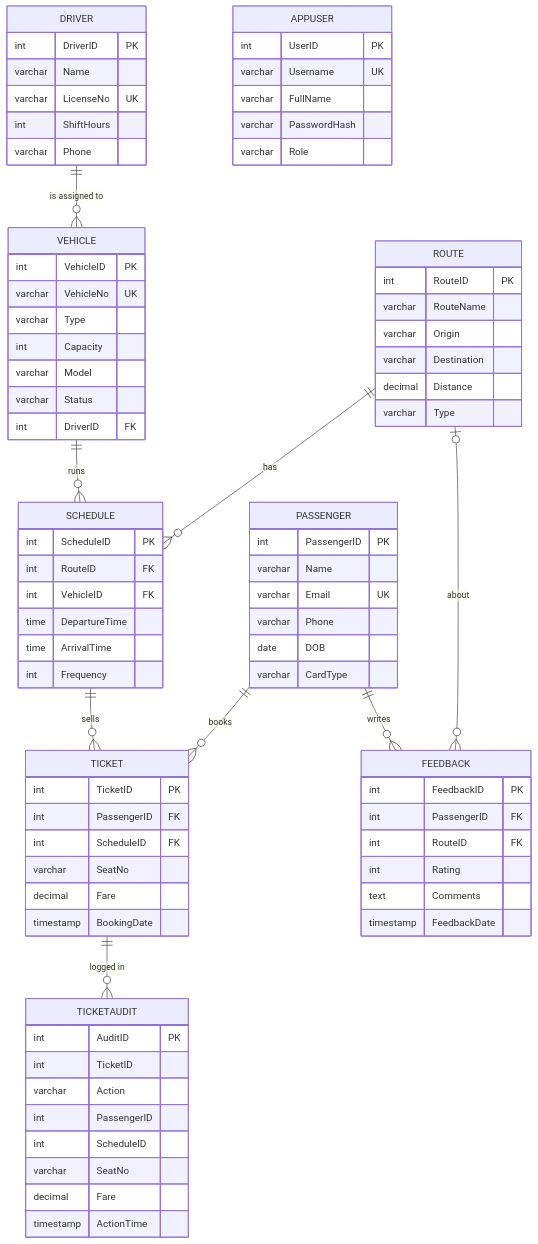
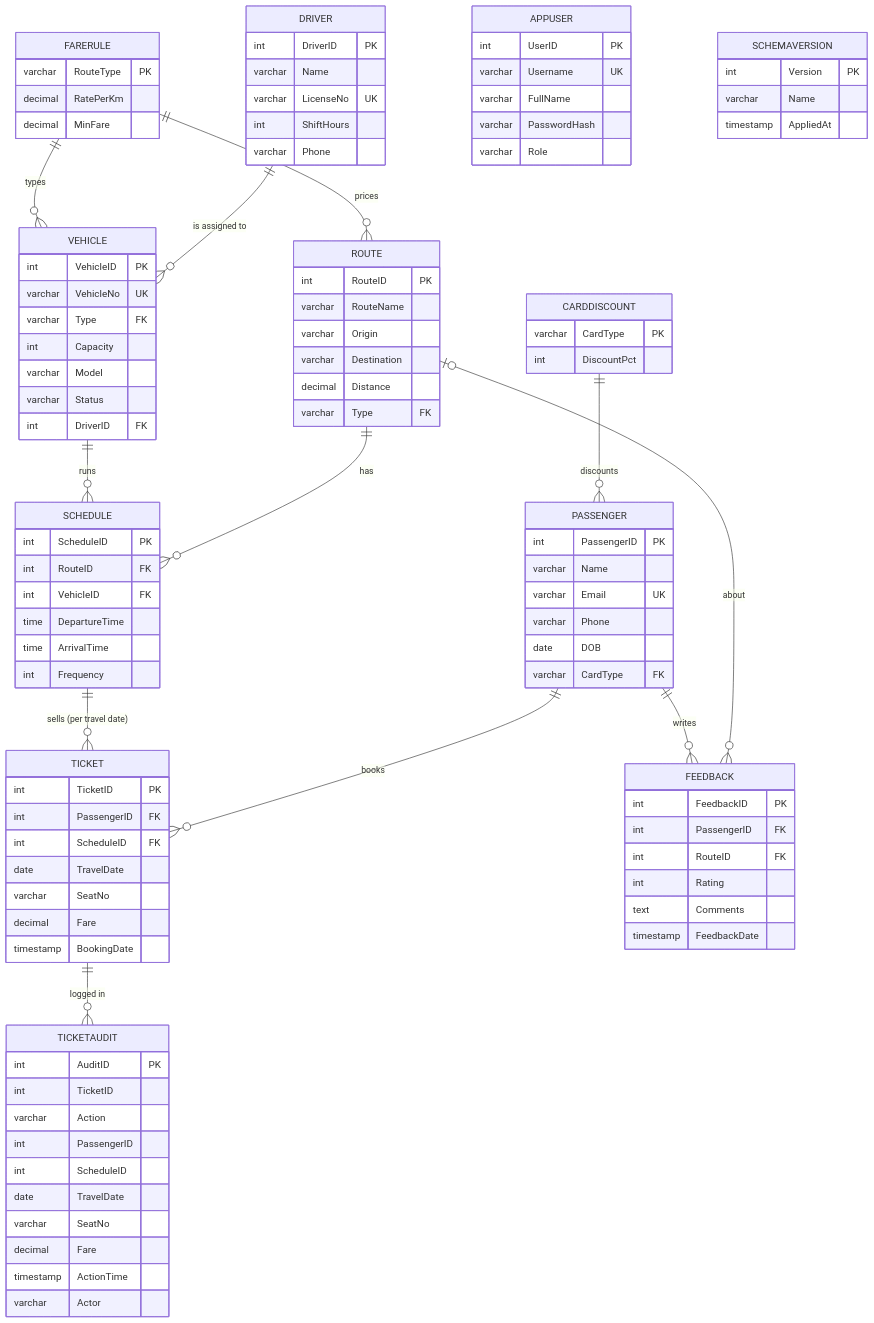
The diagram in README.md (sarveshsuhaskute/RouteWise), drawn with Mermaid before and after one commit. The commit also changed other lines of this file and 24 other files, not shown here.

Commit message:
Trip-based bookings with travel dates, data-driven fares, schema migrations, audit actor, isolation demo, account security

````diff
--- a/README.md
+++ b/README.md
@@ -46,21 +47,27 @@
 ```mermaid
 erDiagram
+    FARERULE     ||--o{ ROUTE   : "prices"
+    FARERULE     ||--o{ VEHICLE : "types"
+    CARDDISCOUNT ||--o{ PASSENGER : "discounts"
     DRIVER   ||--o{ VEHICLE  : "is assigned to"
     VEHICLE  ||--o{ SCHEDULE : "runs"
     ROUTE    ||--o{ SCHEDULE : "has"
-    SCHEDULE ||--o{ TICKET   : "sells"
+    SCHEDULE ||--o{ TICKET   : "sells (per travel date)"
     PASSENGER||--o{ TICKET   : "books"
     PASSENGER||--o{ FEEDBACK : "writes"
     ROUTE    |o--o{ FEEDBACK : "about"
     TICKET   ||--o{ TICKETAUDIT : "logged in"
 
-    PASSENGER { int PassengerID PK  varchar Name  varchar Email UK  varchar Phone  date DOB  varchar CardType }
+    FARERULE     { varchar RouteType PK  decimal RatePerKm  decimal MinFare }
+    CARDDISCOUNT { varchar CardType PK  int DiscountPct }
+    PASSENGER { int PassengerID PK  varchar Name  varchar Email UK  varchar Phone  date DOB  varchar CardType FK }
     DRIVER    { int DriverID PK  varchar Name  varchar LicenseNo UK  int ShiftHours  varchar Phone }
-    VEHICLE   { int VehicleID PK  varchar VehicleNo UK  varchar Type  int Capacity  varchar Model  varchar Status  int DriverID FK }
-    ROUTE     { int RouteID PK  varchar RouteName  varchar Origin  varchar Destination  decimal Distance  varchar Type }
+    VEHICLE   { int VehicleID PK  varchar VehicleNo UK  varchar Type FK  int Capacity  varchar Model  varchar Status  int DriverID FK }
+    ROUTE     { int RouteID PK  varchar RouteName  varchar Origin  varchar Destination  decimal Distance  varchar Type FK }
     SCHEDULE  { int ScheduleID PK  int RouteID FK  int VehicleID FK  time DepartureTime  time ArrivalTime  int Frequency }
-    TICKET    { int TicketID PK  int PassengerID FK  int ScheduleID FK  varchar SeatNo  decimal Fare  timestamp BookingDate }
+    TICKET    { int TicketID PK  int PassengerID FK  int ScheduleID FK  date TravelDate  varchar SeatNo  decimal Fare  timestamp BookingDate }
     FEEDBACK  { int FeedbackID PK  int PassengerID FK  int RouteID FK  int Rating  text Comments  timestamp FeedbackDate }
-    TICKETAUDIT { int AuditID PK  int TicketID  varchar Action  int PassengerID  int ScheduleID  varchar SeatNo  decimal Fare  timestamp ActionTime }
+    TICKETAUDIT { int AuditID PK  int TicketID  varchar Action  int PassengerID  int ScheduleID  date TravelDate  varchar SeatNo  decimal Fare  timestamp ActionTime  varchar Actor }
     APPUSER   { int UserID PK  varchar Username UK  varchar FullName  varchar PasswordHash  varchar Role }
+    SCHEMAVERSION { int Version PK  varchar Name  timestamp AppliedAt }
 ```
````
